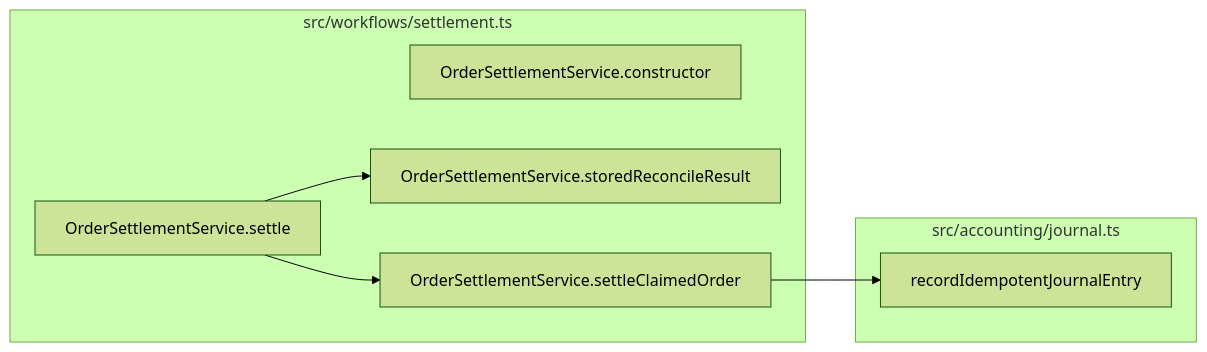
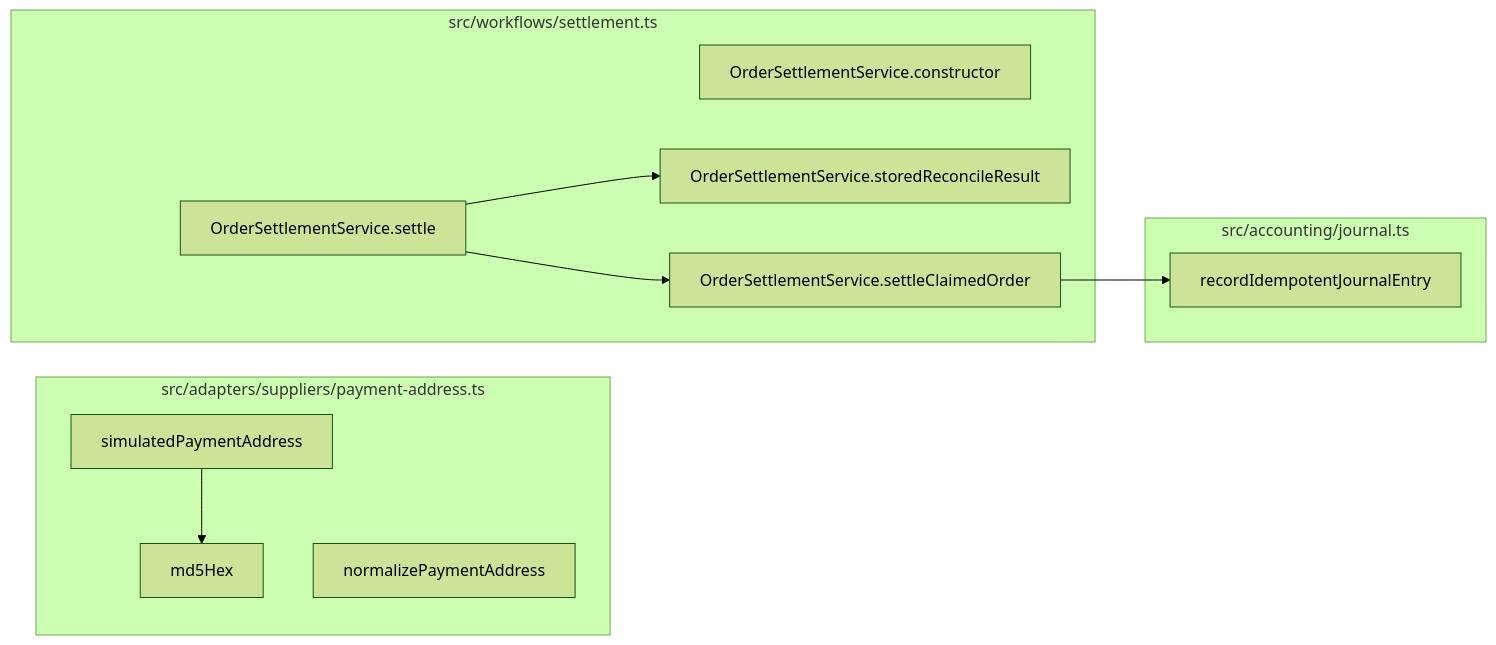
Before and after one commit to Jaydearcadian/bind: the eighth of 8 diagrams in docs/CODEBASE_MAP.md, drawn with Mermaid (forest theme). The commit also changed other lines of this file and 12 other files, not shown here.

First line of the commit message:
fix(settlement): pay the order's verified supplier address, never a constant

````diff
--- a/docs/CODEBASE_MAP.md
+++ b/docs/CODEBASE_MAP.md
@@ -500,15 +504,21 @@
 ```mermaid
 flowchart LR
   subgraph F0["src/accounting/journal.ts"]
     n0["recordIdempotentJournalEntry"]
   end
-  subgraph F1["src/workflows/settlement.ts"]
-    n151["OrderSettlementService.constructor"]
-    n152["OrderSettlementService.settle"]
-    n153["OrderSettlementService.storedReconcileResult"]
-    n154["OrderSettlementService.settleClaimedOrder"]
+  subgraph F1["src/adapters/suppliers/payment-address.ts"]
+    n25["md5Hex"]
+    n26["simulatedPaymentAddress"]
+    n27["normalizePaymentAddress"]
   end
-  n152 --> n153
-  n152 --> n154
-  n154 --> n0
+  subgraph F2["src/workflows/settlement.ts"]
+    n154["OrderSettlementService.constructor"]
+    n155["OrderSettlementService.settle"]
+    n156["OrderSettlementService.storedReconcileResult"]
+    n157["OrderSettlementService.settleClaimedOrder"]
+  end
+  n26 --> n25
+  n155 --> n156
+  n155 --> n157
+  n157 --> n0
 ```
````
